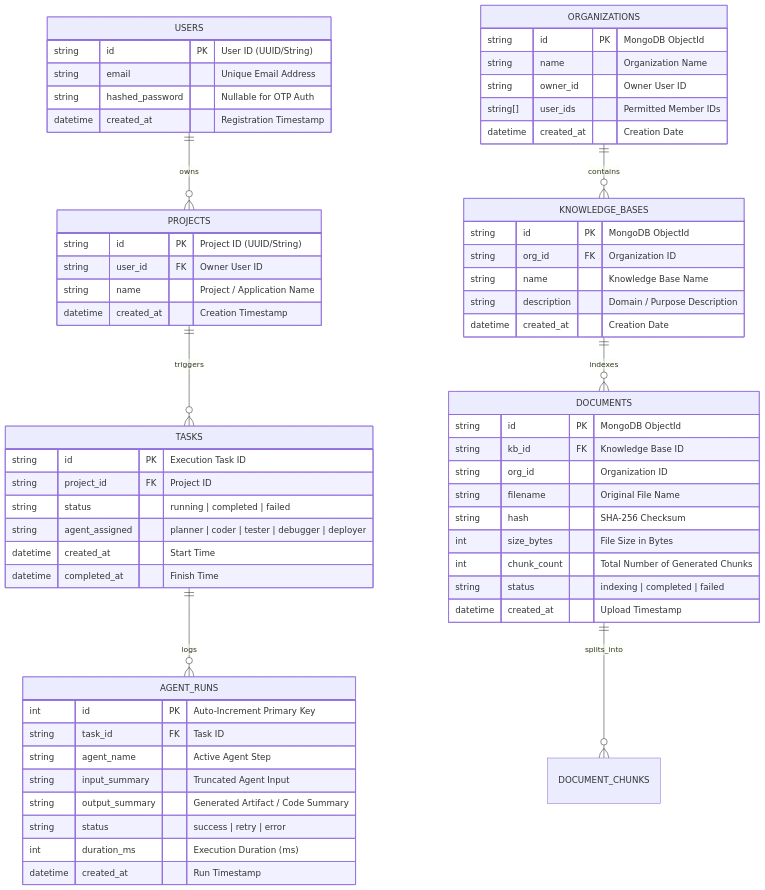
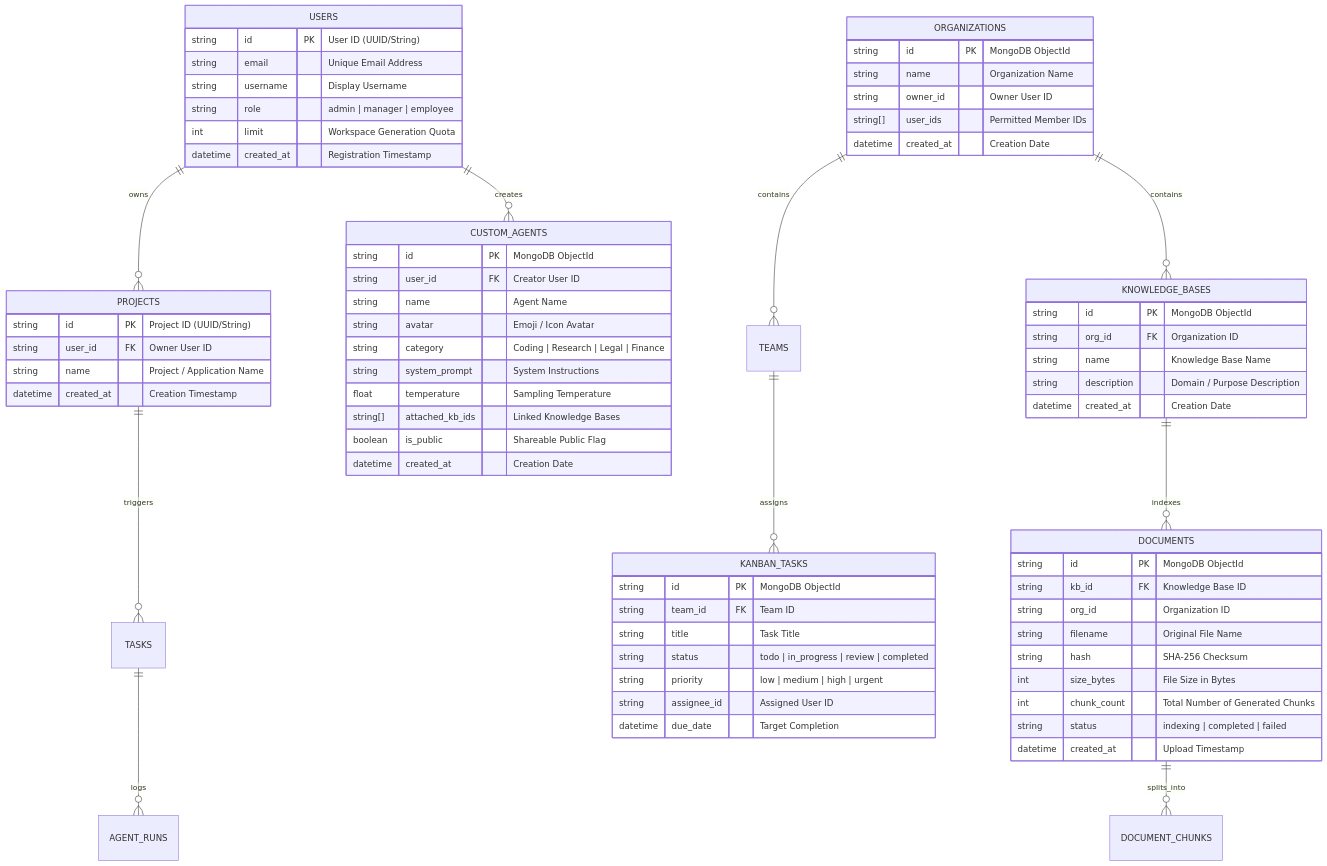
One commit to Himanshuyadav37/AetheraAI changed the second of 3 diagrams in README.md. Above: the diagram before and after it, drawn with Mermaid. The commit also changed other lines of this file and 22 other files, not shown here.

Commit message:
feat: upgrade UI with unified foldable workspace, live agent timeline, instant theme toggle and comprehensive docs

````diff
--- a/README.md
+++ b/README.md
@@ -145,71 +223,79 @@
 ```mermaid
 erDiagram
     USERS ||--o{ PROJECTS : owns
     PROJECTS ||--o{ TASKS : triggers
     TASKS ||--o{ AGENT_RUNS : logs
+    USERS ||--o{ CUSTOM_AGENTS : creates
+    ORGANIZATIONS ||--o{ TEAMS : contains
+    TEAMS ||--o{ KANBAN_TASKS : assigns
     ORGANIZATIONS ||--o{ KNOWLEDGE_BASES : contains
     KNOWLEDGE_BASES ||--o{ DOCUMENTS : indexes
     DOCUMENTS ||--o{ DOCUMENT_CHUNKS : splits_into
 
     USERS {
         string id PK "User ID (UUID/String)"
         string email "Unique Email Address"
-        string hashed_password "Nullable for OTP Auth"
+        string username "Display Username"
+        string role "admin | manager | employee"
+        int limit "Workspace Generation Quota"
         datetime created_at "Registration Timestamp"
     }
 
     PROJECTS {
         string id PK "Project ID (UUID/String)"
         string user_id FK "Owner User ID"
         string name "Project / Application Name"
         datetime created_at "Creation Timestamp"
     }
 
-    TASKS {
-        string id PK "Execution Task ID"
-        string project_id FK "Project ID"
-        string status "running | completed | failed"
-        string agent_assigned "planner | coder | tester | debugger | deployer"
-        datetime created_at "Start Time"
-        datetime completed_at "Finish Time"
+    CUSTOM_AGENTS {
+        string id PK "MongoDB ObjectId"
+        string user_id FK "Creator User ID"
+        string name "Agent Name"
+        string avatar "Emoji / Icon Avatar"
+        string category "Coding | Research | Legal | Finance"
+        string system_prompt "System Instructions"
+        float temperature "Sampling Temperature"
+        string[] attached_kb_ids "Linked Knowledge Bases"
+        boolean is_public "Shareable Public Flag"
+        datetime created_at "Creation Date"
     }
 
-    AGENT_RUNS {
-        int id PK "Auto-Increment Primary Key"
-        string task_id FK "Task ID"
-        string agent_name "Active Agent Step"
-        string input_summary "Truncated Agent Input"
-        string output_summary "Generated Artifact / Code Summary"
-        string status "success | retry | error"
-        int duration_ms "Execution Duration (ms)"
-        datetime created_at "Run Timestamp"
+    KANBAN_TASKS {
+        string id PK "MongoDB ObjectId"
+        string team_id FK "Team ID"
+        string title "Task Title"
+        string status "todo | in_progress | review | completed"
+        string priority "low | medium | high | urgent"
+        string assignee_id "Assigned User ID"
+        datetime due_date "Target Completion"
     }
 
     ORGANIZATIONS {
         string id PK "MongoDB ObjectId"
         string name "Organization Name"
         string owner_id "Owner User ID"
         string[] user_ids "Permitted Member IDs"
         datetime created_at "Creation Date"
     }
 
     KNOWLEDGE_BASES {
         string id PK "MongoDB ObjectId"
         string org_id FK "Organization ID"
         string name "Knowledge Base Name"
         string description "Domain / Purpose Description"
         datetime created_at "Creation Date"
     }
 
     DOCUMENTS {
         string id PK "MongoDB ObjectId"
         string kb_id FK "Knowledge Base ID"
         string org_id "Organization ID"
         string filename "Original File Name"
         string hash "SHA-256 Checksum"
         int size_bytes "File Size in Bytes"
         int chunk_count "Total Number of Generated Chunks"
         string status "indexing | completed | failed"
         datetime created_at "Upload Timestamp"
     }
 ```
````
